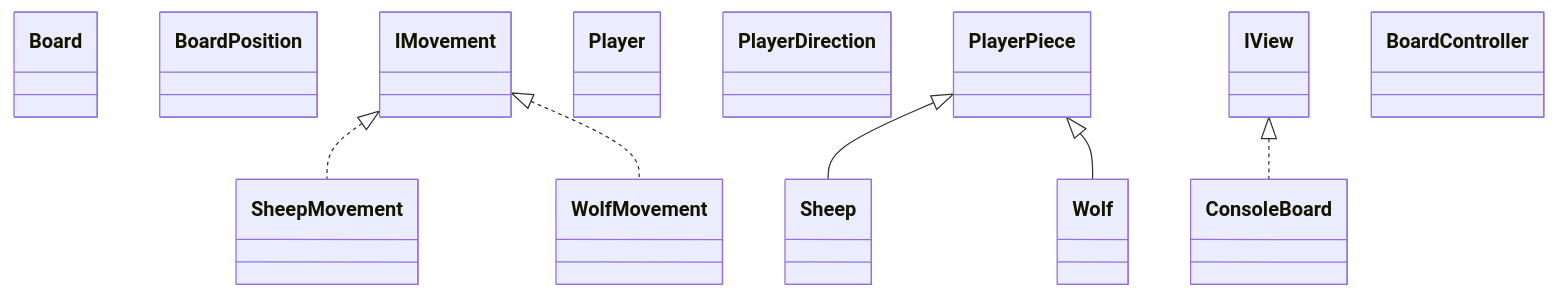
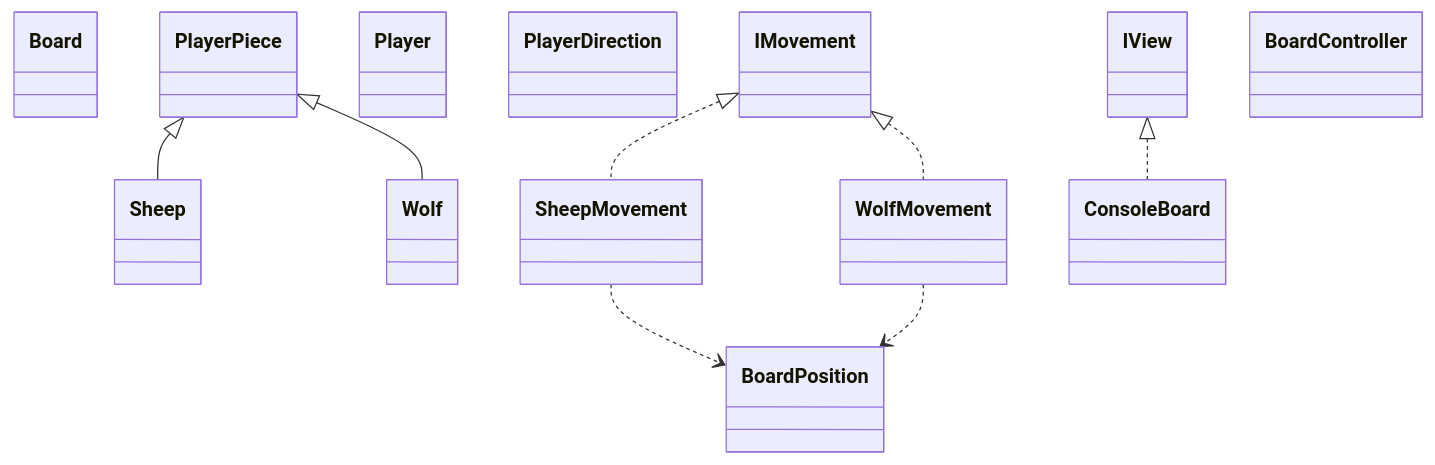
Before and after one commit to RicardoMota22/ProjDeRecurso: the diagram in README.md, drawn with Mermaid. The commit also changed 1 other file, not shown here.

Commit message:
add check if mermaid example of actual project works.pt4

````diff
--- a/README.md
+++ b/README.md
@@ -41,58 +41,62 @@
 ```mermaid
 classDiagram
     class Board {
         
     }
 
     class BoardPosition {
         
     }
     class IMovement {
         
     }
     class Player {
         
     }
 
     class PlayerDirection {
         
     }
 
     class PlayerPiece {
         
     }
 
     class Sheep {
         
     }
 
     class SheepMovement {
         
     }
     class Wolf {
         
     }
     class WolfMovement {
         
     }
 
     class ConsoleBoard {
         
     }
     class IView {
         
     }
     class BoardController {
         
     }
 
     PlayerPiece <|-- Sheep
     PlayerPiece <|-- Wolf
 
     IMovement <|.. SheepMovement
     IMovement <|.. WolfMovement
 
     IView <|.. ConsoleBoard
 
+    WolfMovement ..> BoardPosition
+    SheepMovement ..> BoardPosition
+
+
 
 ```
````
